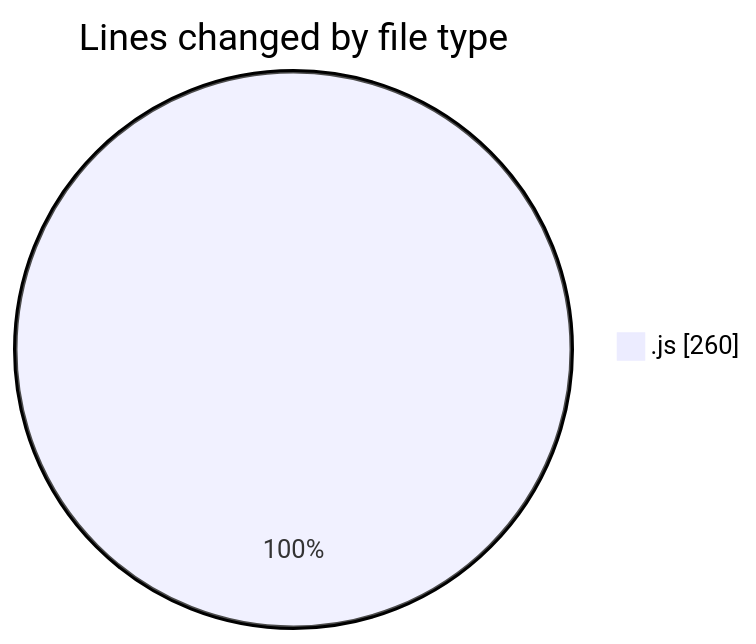
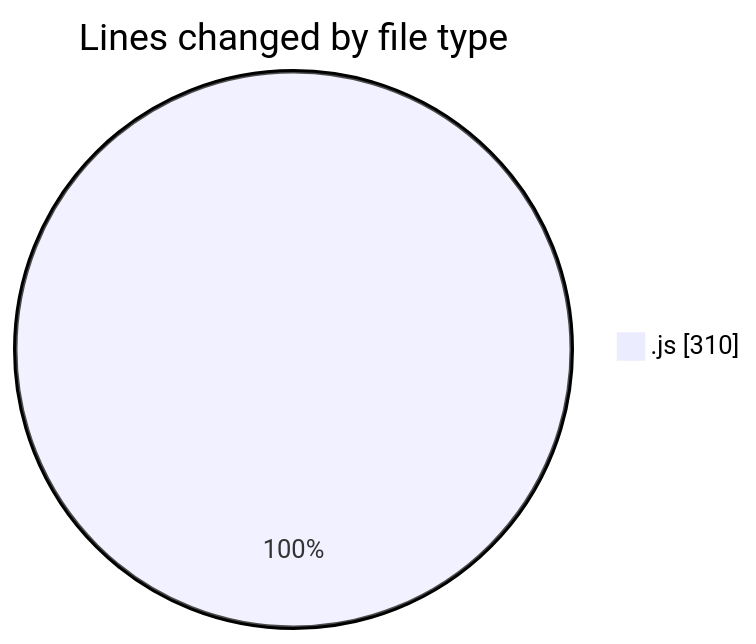
One commit to momahboobian/code-tracking changed the first of 2 diagrams in 2025-02-03/cda/README.md. Above: the diagram before and after it, drawn with Mermaid. The commit also changed other lines of this file and 1 other file, not shown here.

````diff
--- a/2025-02-03/cda/README.md
+++ b/2025-02-03/cda/README.md
@@ -22,5 +22,5 @@
 ```mermaid
 pie showData
 title Lines changed by file type
-".js" : 260
+".js" : 310
 ```
````
